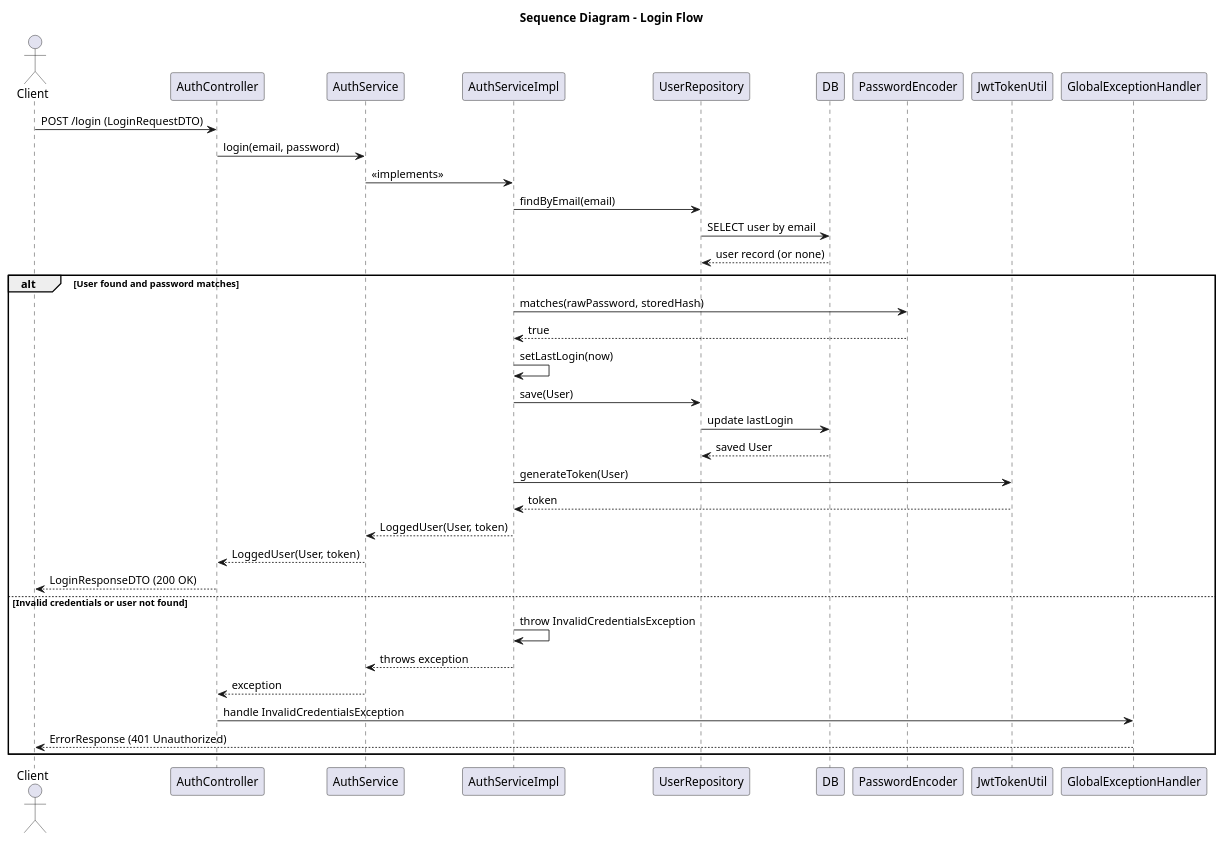
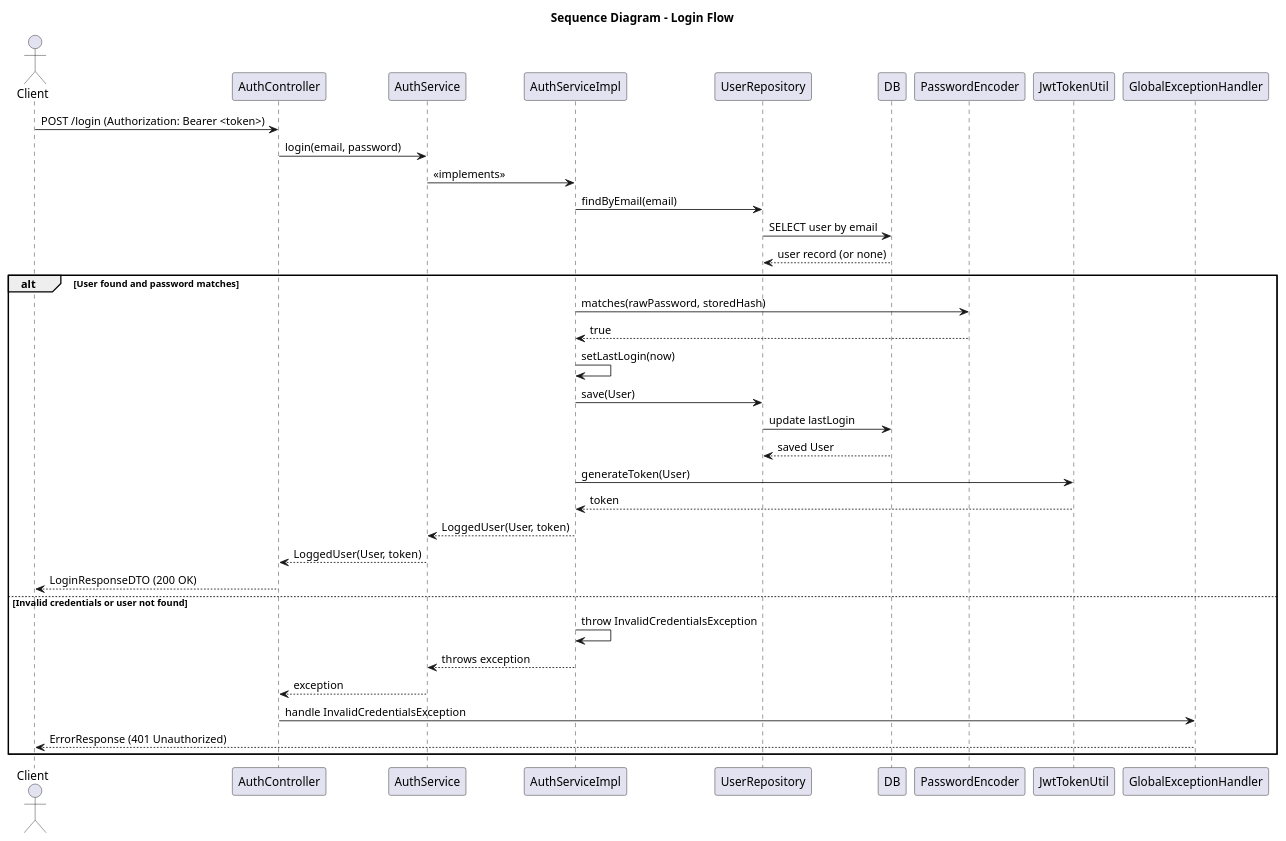
Before and after one commit to Fernando-Iglesias/auth-service: the diagram in docs/diagrams/login_sequence_diagram.puml, drawn with PlantUML. The commit also changed 7 other files, not shown here.

Commit message:
Login with token

```diff
--- a/docs/diagrams/login_sequence_diagram.puml
+++ b/docs/diagrams/login_sequence_diagram.puml
@@ -2,33 +2,33 @@
 @startuml SequenceDiagramLogin
 title Sequence Diagram - Login Flow
 
 actor Client
-Client -> AuthController: POST /login (LoginRequestDTO)
+Client -> AuthController: POST /login (Authorization: Bearer <token>)
 AuthController -> AuthService: login(email, password)
 AuthService -> AuthServiceImpl: «implements»
 
 AuthServiceImpl -> UserRepository: findByEmail(email)
 UserRepository -> DB: SELECT user by email
 DB --> UserRepository: user record (or none)
 
 alt User found and password matches
     AuthServiceImpl -> PasswordEncoder: matches(rawPassword, storedHash)
     PasswordEncoder --> AuthServiceImpl: true
     AuthServiceImpl -> AuthServiceImpl: setLastLogin(now)
     AuthServiceImpl -> UserRepository: save(User)
     UserRepository -> DB: update lastLogin
     DB --> UserRepository: saved User
     AuthServiceImpl -> JwtTokenUtil: generateToken(User)
     JwtTokenUtil --> AuthServiceImpl: token
     AuthServiceImpl --> AuthService: LoggedUser(User, token)
     AuthService --> AuthController: LoggedUser(User, token)
     AuthController --> Client: LoginResponseDTO (200 OK)
 else Invalid credentials or user not found
     AuthServiceImpl -> AuthServiceImpl: throw InvalidCredentialsException
     AuthServiceImpl --> AuthService: throws exception
     AuthService --> AuthController: exception
     AuthController -> GlobalExceptionHandler: handle InvalidCredentialsException
     GlobalExceptionHandler --> Client: ErrorResponse (401 Unauthorized)
 end
 
 @enduml
```
